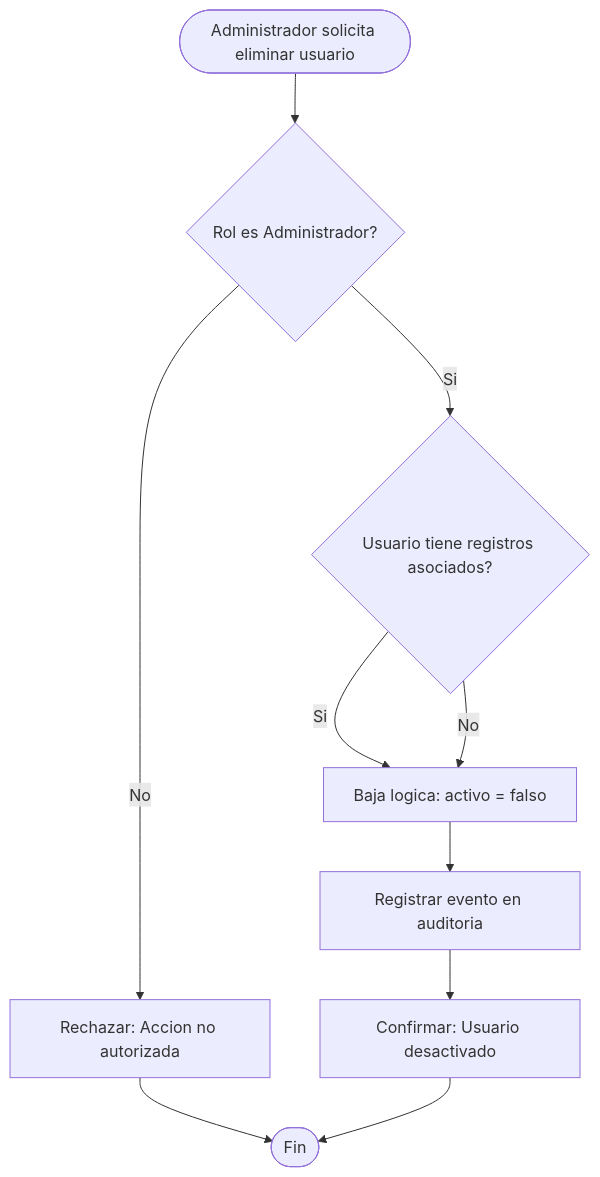
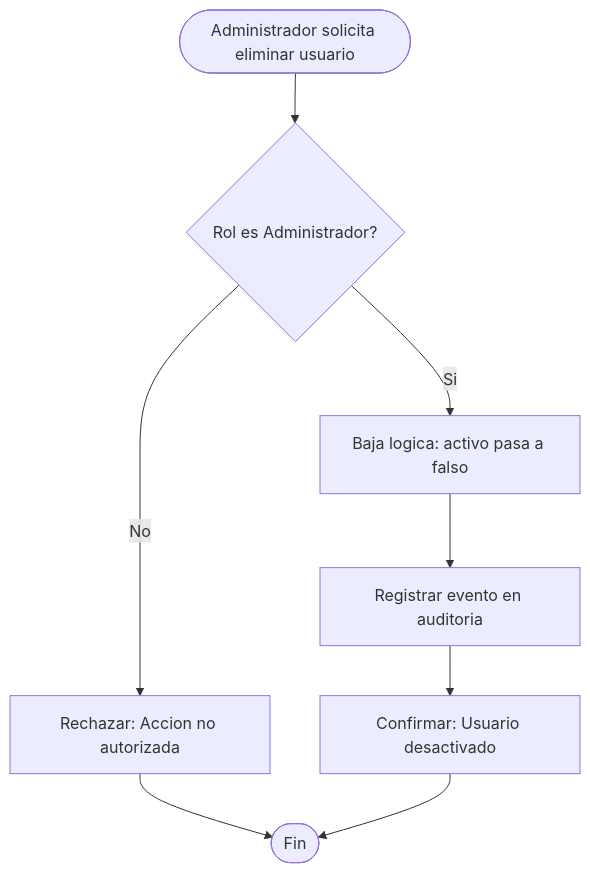
Before and after one commit to adlerOmonte1/LogisticaMinera: the second of 2 diagrams in docs/modulos/M01-autenticacion/diagramas/actividades.md, drawn with Mermaid. The commit also changed other lines of this file and 9 other files, not shown here.

````diff
--- a/docs/modulos/M01-autenticacion/diagramas/actividades.md
+++ b/docs/modulos/M01-autenticacion/diagramas/actividades.md
@@ -35,12 +35,10 @@
 ```mermaid
 flowchart TD
     Start([Administrador solicita eliminar usuario]) --> V1{Rol es Administrador?}
     V1 -->|No| E1[Rechazar: Accion no autorizada]
     E1 --> Fin([Fin])
-    V1 -->|Si| V2{Usuario tiene registros asociados?}
-    V2 -->|Si| B1[Baja logica: activo = falso]
-    V2 -->|No| B1
+    V1 -->|Si| B1[Baja logica: activo pasa a falso]
     B1 --> A1[Registrar evento en auditoria]
     A1 --> M1[Confirmar: Usuario desactivado]
     M1 --> Fin
 ```
````
